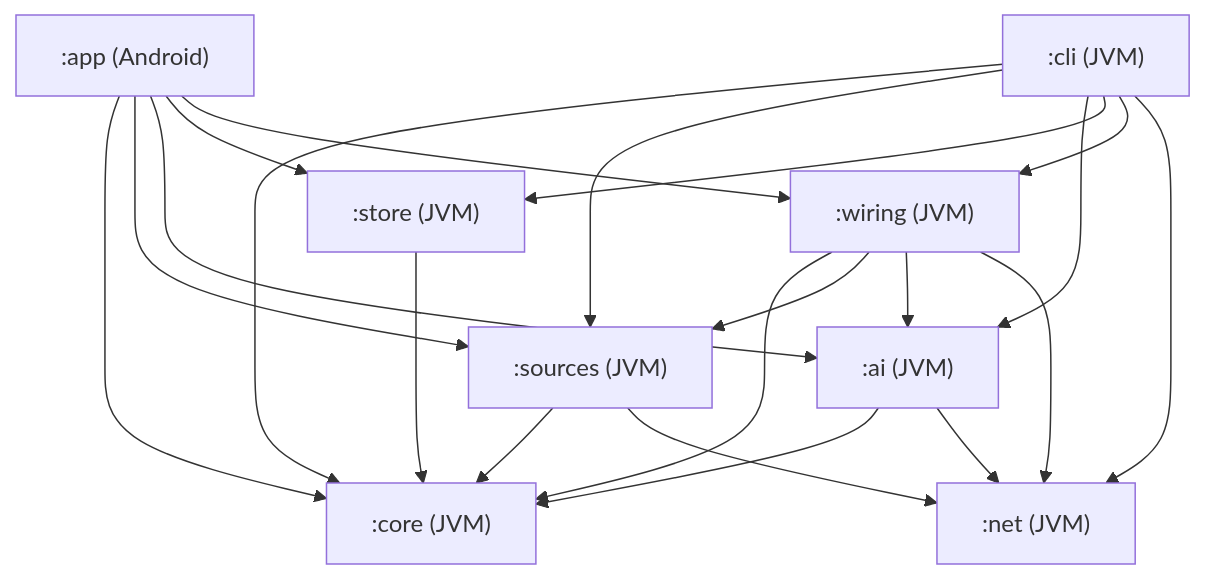
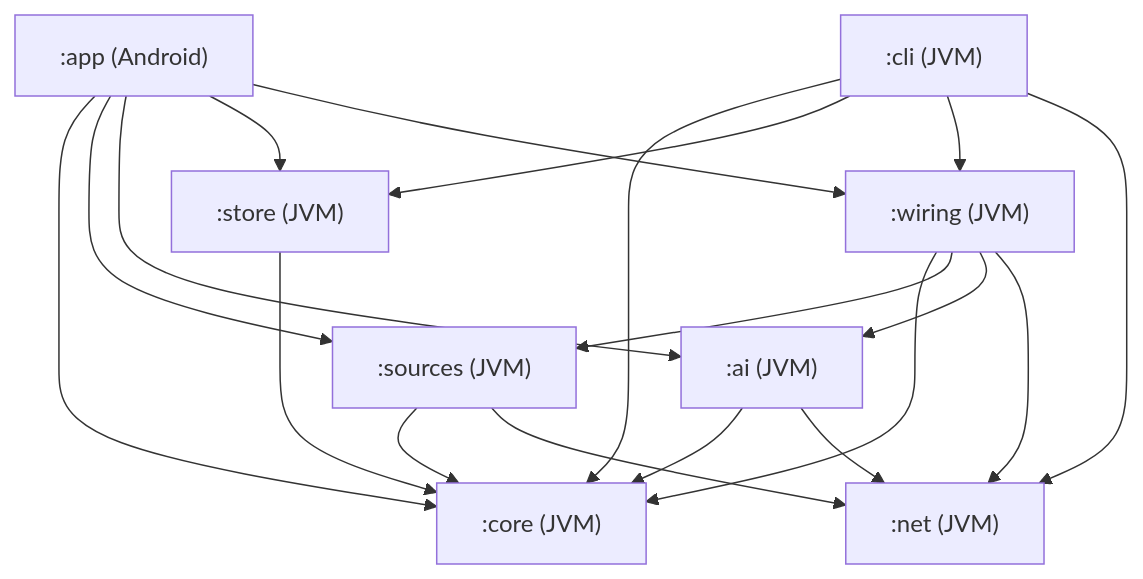
Before and after one commit to wkusnierczyk/sleevesight: the first of 2 diagrams in design/architecture.md, drawn with Mermaid. The commit also changed other lines of this file and 25 other files, not shown here.

````diff
--- a/design/architecture.md
+++ b/design/architecture.md
@@ -78,25 +78,23 @@
 ```mermaid
 flowchart TD
   app[":app (Android)"] --> core
   app --> sources
   app --> ai
   app --> store
   app --> wiring
   cli[":cli (JVM)"] --> core
-  cli --> sources
-  cli --> ai
   cli --> store
   cli --> wiring
   cli --> net
   wiring[":wiring (JVM)"] --> core
   wiring --> sources
   wiring --> ai
   wiring --> net
   sources[":sources (JVM)"] --> core
   sources --> net
   ai[":ai (JVM)"] --> core
   ai --> net
   store[":store (JVM)"] --> core
   net[":net (JVM)"]
   core[":core (JVM)"]
 ```
````
